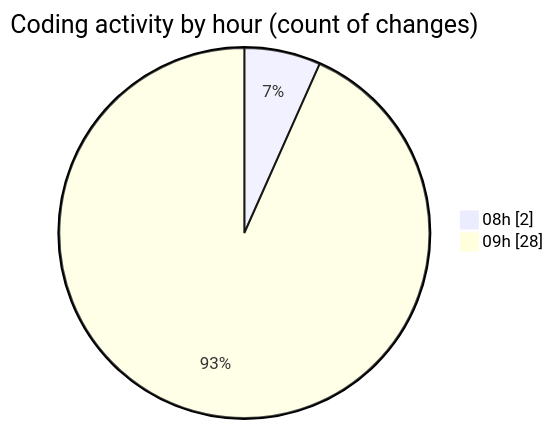
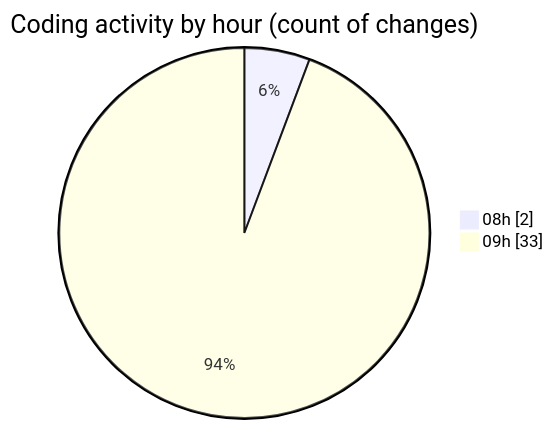
One commit to momahboobian/code-tracking changed the second of 2 diagrams in 2026-06-10/cda/README.md. Above: the diagram before and after it, drawn with Mermaid. The commit also changed other lines of this file and 1 other file, not shown here.

````diff
--- a/2026-06-10/cda/README.md
+++ b/2026-06-10/cda/README.md
@@ -59,6 +62,6 @@
 ```mermaid
 pie showData
 title Coding activity by hour (count of changes)
 "08h" : 2
-"09h" : 28
+"09h" : 33
 ```
````
